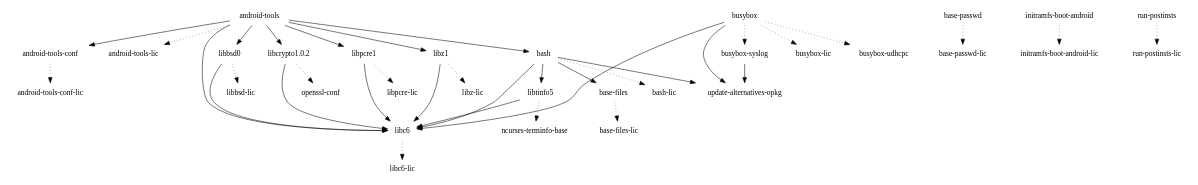
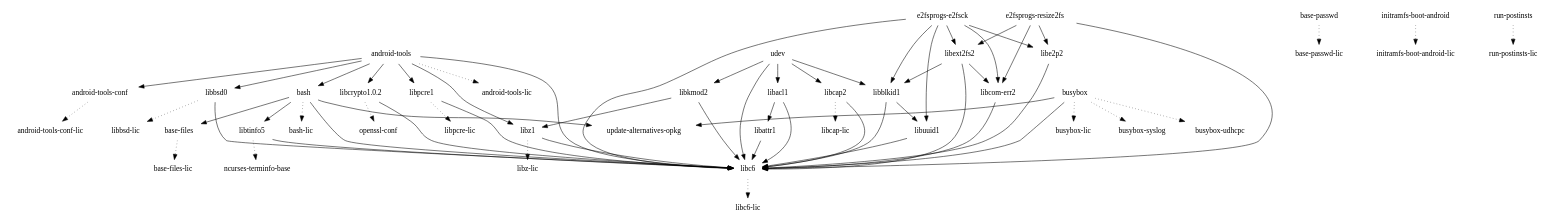
Before and after one commit to webOS-ports/buildhistory: the diagram in images/mako/glibc/initramfs-android-image/depends.dot, drawn with Graphviz. The commit also changed 11318 other files, not shown here.

```diff
--- a/images/mako/glibc/initramfs-android-image/depends.dot
+++ b/images/mako/glibc/initramfs-android-image/depends.dot
@@ -1,38 +1,67 @@
 digraph depends {
     node [shape=plaintext]
 "android-tools" -> "android-tools-conf"
 "android-tools" -> "android-tools-lic" [style=dotted]
 "android-tools" -> "bash"
 "android-tools-conf" -> "android-tools-conf-lic" [style=dotted]
 "android-tools" -> "libbsd0"
 "android-tools" -> "libc6"
 "android-tools" -> "libcrypto1.0.2"
 "android-tools" -> "libpcre1"
 "android-tools" -> "libz1"
 "base-files" -> "base-files-lic" [style=dotted]
 "base-passwd" -> "base-passwd-lic" [style=dotted]
 "bash" -> "base-files"
 "bash" -> "bash-lic" [style=dotted]
 "bash" -> "libc6"
 "bash" -> "libtinfo5"
 "bash" -> "update-alternatives-opkg"
 "busybox" -> "busybox-lic" [style=dotted]
 "busybox" -> "busybox-syslog" [style=dotted]
 "busybox" -> "busybox-udhcpc" [style=dotted]
 "busybox" -> "libc6"
-"busybox-syslog" -> "update-alternatives-opkg"
 "busybox" -> "update-alternatives-opkg"
+"e2fsprogs-e2fsck" -> "libblkid1"
+"e2fsprogs-e2fsck" -> "libc6"
+"e2fsprogs-e2fsck" -> "libcom-err2"
+"e2fsprogs-e2fsck" -> "libe2p2"
+"e2fsprogs-e2fsck" -> "libext2fs2"
+"e2fsprogs-e2fsck" -> "libuuid1"
+"e2fsprogs-resize2fs" -> "libc6"
+"e2fsprogs-resize2fs" -> "libcom-err2"
+"e2fsprogs-resize2fs" -> "libe2p2"
+"e2fsprogs-resize2fs" -> "libext2fs2"
 "initramfs-boot-android" -> "initramfs-boot-android-lic" [style=dotted]
+"libacl1" -> "libattr1"
+"libacl1" -> "libc6"
+"libattr1" -> "libc6"
+"libblkid1" -> "libc6"
+"libblkid1" -> "libuuid1"
 "libbsd0" -> "libbsd-lic" [style=dotted]
 "libbsd0" -> "libc6"
 "libc6" -> "libc6-lic" [style=dotted]
+"libcap2" -> "libc6"
+"libcap2" -> "libcap-lic" [style=dotted]
+"libcom-err2" -> "libc6"
 "libcrypto1.0.2" -> "libc6"
 "libcrypto1.0.2" -> "openssl-conf" [style=dotted]
+"libe2p2" -> "libc6"
+"libext2fs2" -> "libblkid1"
+"libext2fs2" -> "libc6"
+"libext2fs2" -> "libcom-err2"
+"libkmod2" -> "libc6"
+"libkmod2" -> "libz1"
 "libpcre1" -> "libc6"
 "libpcre1" -> "libpcre-lic" [style=dotted]
 "libtinfo5" -> "libc6"
 "libtinfo5" -> "ncurses-terminfo-base" [style=dotted]
+"libuuid1" -> "libc6"
 "libz1" -> "libc6"
 "libz1" -> "libz-lic" [style=dotted]
 "run-postinsts" -> "run-postinsts-lic" [style=dotted]
+"udev" -> "libacl1"
+"udev" -> "libblkid1"
+"udev" -> "libc6"
+"udev" -> "libcap2"
+"udev" -> "libkmod2"
 }
```
